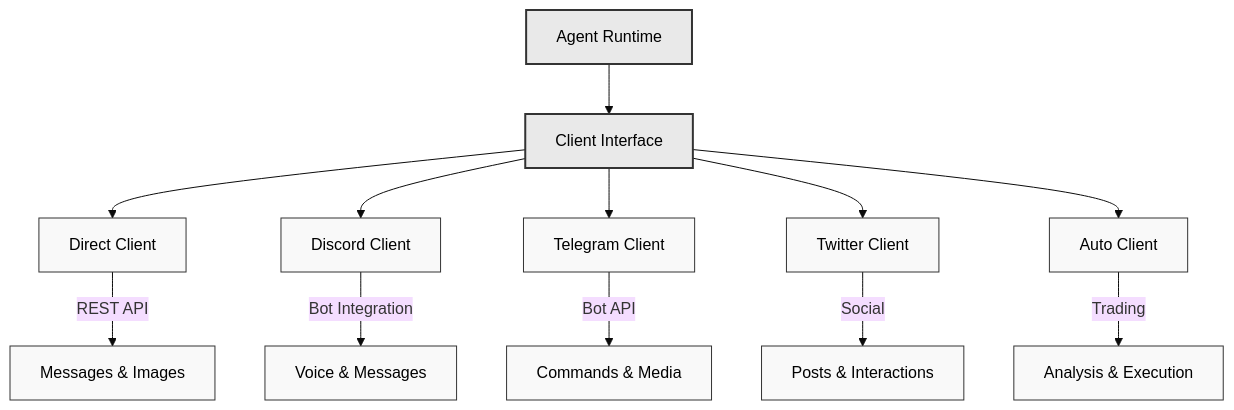
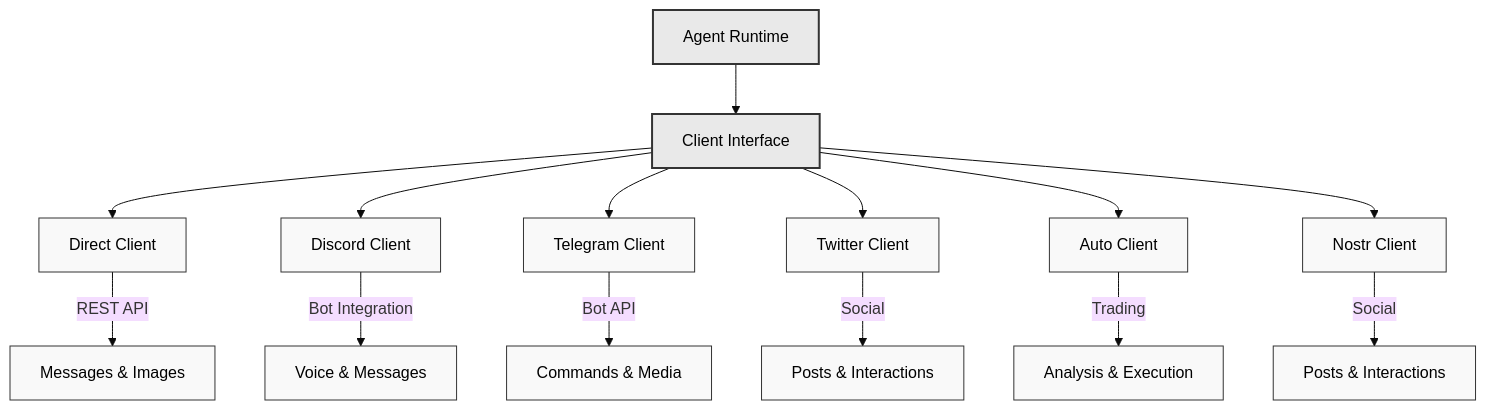
One commit to oleksii-dy/eliza_starter changed the diagram in docs/docs/packages/clients.md. Above: the diagram before and after it, drawn with Mermaid (base theme). The commit also changed other lines of this file, not shown here.

Commit message:
docs: add nostr client documentation

````diff
--- a/docs/docs/packages/clients.md
+++ b/docs/docs/packages/clients.md
@@ -9,26 +9,28 @@
 ```mermaid
 graph TD
     RT["Agent Runtime"]
     CI["Client Interface"]
     RT --> CI
 
     %% Main Clients
     CI --> DC["Direct Client"]
     CI --> DSC["Discord Client"]
     CI --> TC["Telegram Client"]
     CI --> TWC["Twitter Client"]
     CI --> AC["Auto Client"]
+    CI --> NC["Nostr Client"]
 
     %% Key Features - one per client for clarity
     DC --> |"REST API"| DC1["Messages & Images"]
     DSC --> |"Bot Integration"| DSC1["Voice & Messages"]
     TC --> |"Bot API"| TC1["Commands & Media"]
     TWC --> |"Social"| TWC1["Posts & Interactions"]
     AC --> |"Trading"| AC1["Analysis & Execution"]
+    NC --> |"Social"| NC1["Posts & Interactions"]
 
     %% Simple styling with better contrast and black text
     classDef default fill:#f9f9f9,stroke:#333,stroke-width:1px,color:black
     classDef highlight fill:#e9e9e9,stroke:#333,stroke-width:2px,color:black
 
     class RT,CI highlight
 ```
````
